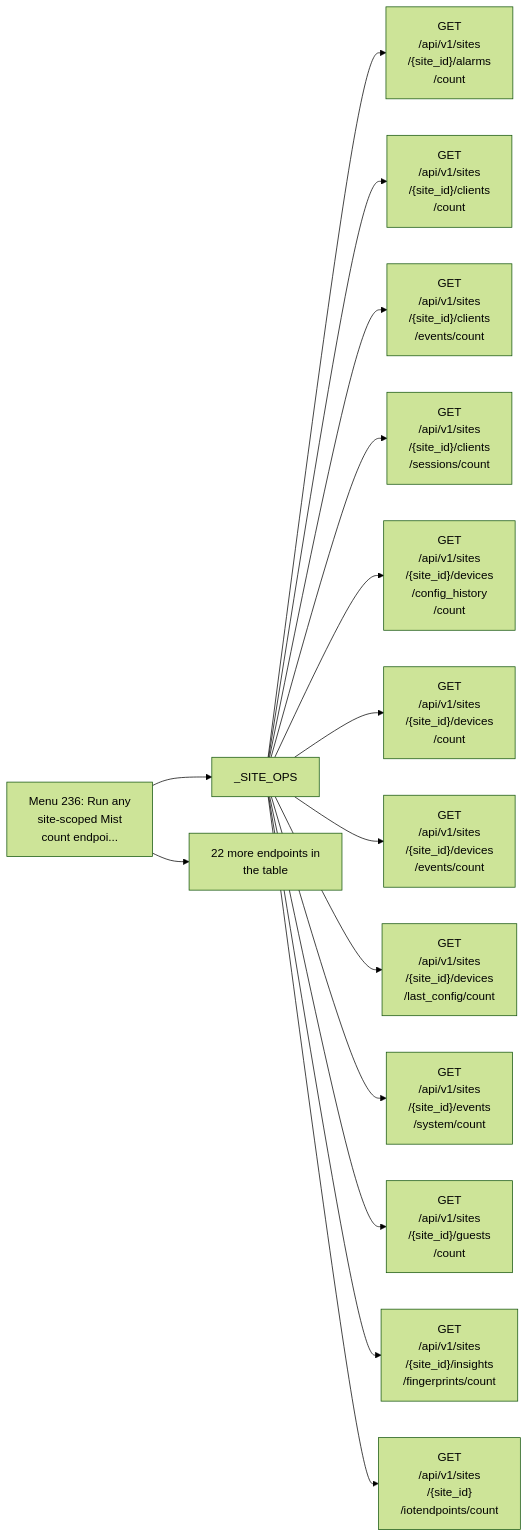
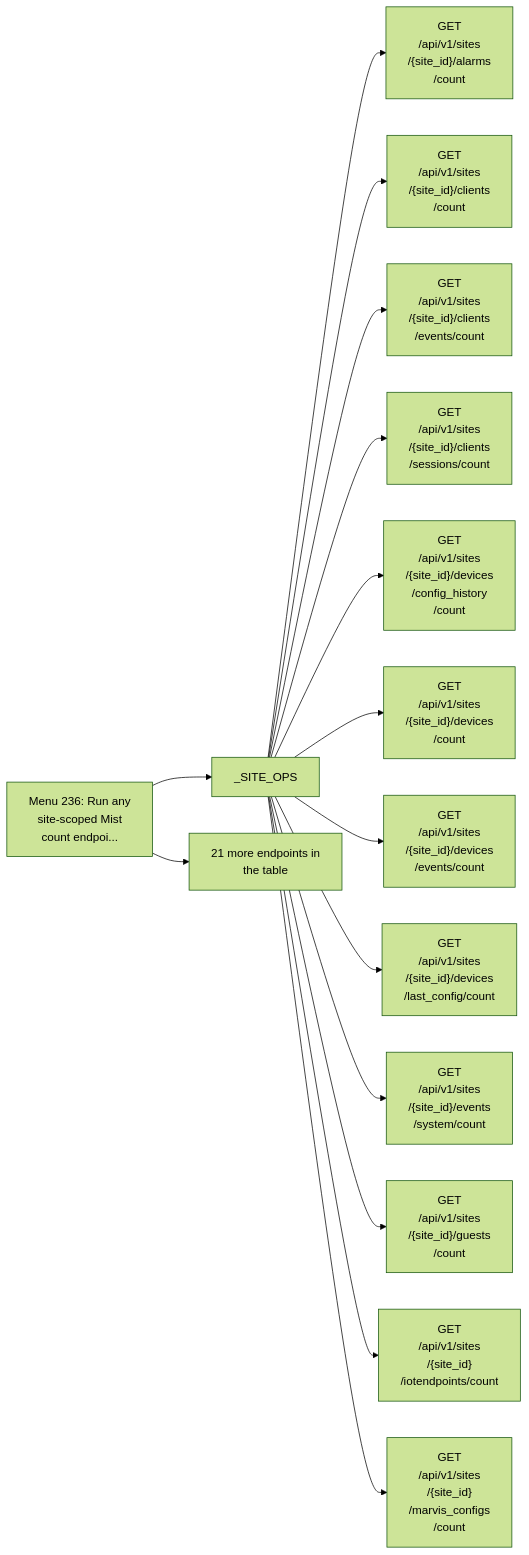
One commit to jmorrison-juniper/MistHelper changed diagram 13 of 26 in documentation/menu-api/interactive-safe.md. Above: the diagram before and after it, drawn with Mermaid (forest theme). The commit also changed other lines of this file and 54 other files, not shown here.

First line of the commit message:
fix(api): use org fingerprint endpoints

````diff
--- a/documentation/menu-api/interactive-safe.md
+++ b/documentation/menu-api/interactive-safe.md
@@ -1027,18 +1027,18 @@
 ```mermaid
 flowchart LR
     menu["Menu 236: Run any<br/>site-scoped Mist<br/>count endpoi..."]
     menu --> c1["_SITE_OPS"]
     c1 --> e1["GET<br/>/api/v1/sites<br/>/{site_id}/alarms<br/>/count"]
     c1 --> e2["GET<br/>/api/v1/sites<br/>/{site_id}/clients<br/>/count"]
     c1 --> e3["GET<br/>/api/v1/sites<br/>/{site_id}/clients<br/>/events/count"]
     c1 --> e4["GET<br/>/api/v1/sites<br/>/{site_id}/clients<br/>/sessions/count"]
     c1 --> e5["GET<br/>/api/v1/sites<br/>/{site_id}/devices<br/>/config_history<br/>/count"]
     c1 --> e6["GET<br/>/api/v1/sites<br/>/{site_id}/devices<br/>/count"]
     c1 --> e7["GET<br/>/api/v1/sites<br/>/{site_id}/devices<br/>/events/count"]
     c1 --> e8["GET<br/>/api/v1/sites<br/>/{site_id}/devices<br/>/last_config/count"]
     c1 --> e9["GET<br/>/api/v1/sites<br/>/{site_id}/events<br/>/system/count"]
     c1 --> e10["GET<br/>/api/v1/sites<br/>/{site_id}/guests<br/>/count"]
-    c1 --> e11["GET<br/>/api/v1/sites<br/>/{site_id}/insights<br/>/fingerprints/count"]
-    c1 --> e12["GET<br/>/api/v1/sites<br/>/{site_id}<br/>/iotendpoints/count"]
-    menu --> more["22 more endpoints in<br/>the table"]
+    c1 --> e11["GET<br/>/api/v1/sites<br/>/{site_id}<br/>/iotendpoints/count"]
+    c1 --> e12["GET<br/>/api/v1/sites<br/>/{site_id}<br/>/marvis_configs<br/>/count"]
+    menu --> more["21 more endpoints in<br/>the table"]
 ```
````
